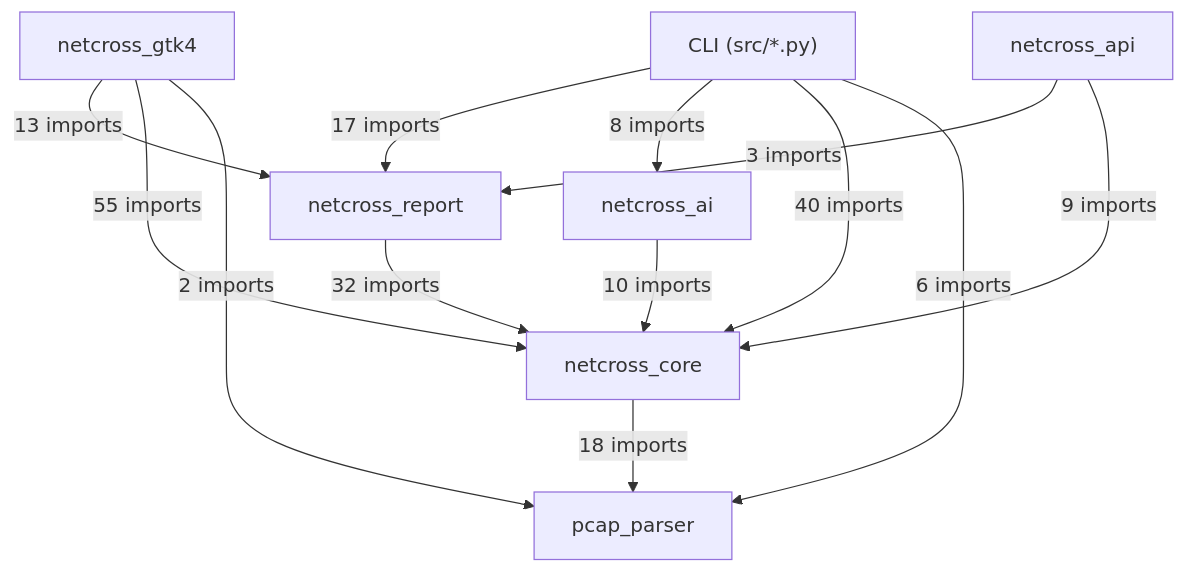
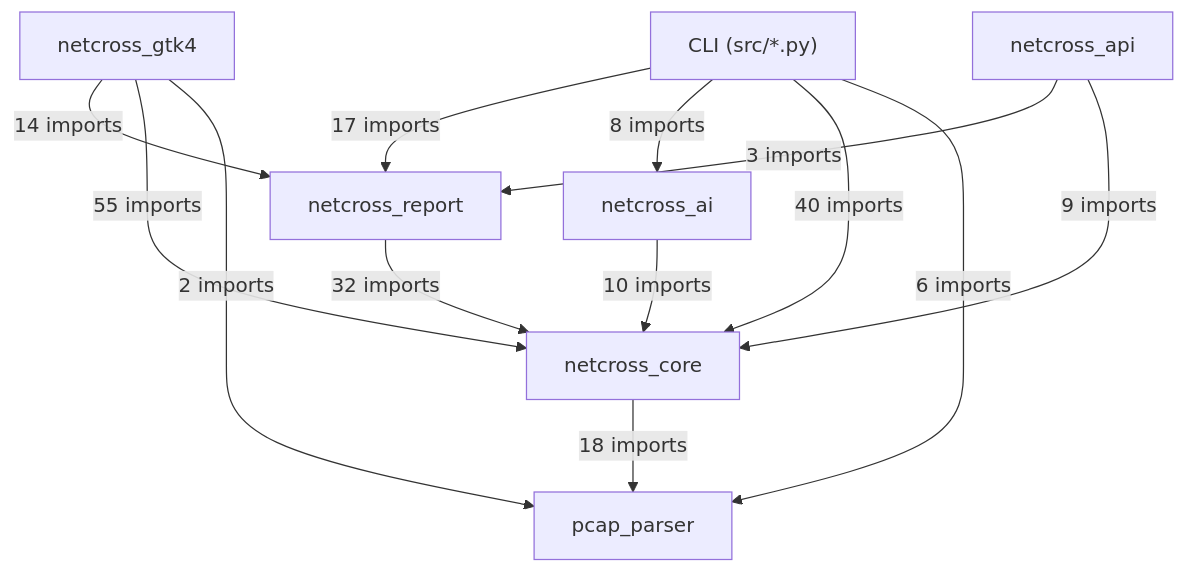
The first of 19 diagrams in docs/class-diagram.md (Mathide-Team/Netcross), drawn with Mermaid before and after one commit. The commit also changed other lines of this file and 4 other files, not shown here.

````diff
--- a/docs/class-diagram.md
+++ b/docs/class-diagram.md
@@ -26,22 +26,22 @@
 ```mermaid
 flowchart TD
     CLI["CLI (src/*.py)"]
     netcross_gtk4["netcross_gtk4"]
     netcross_api["netcross_api"]
     netcross_report["netcross_report"]
     netcross_ai["netcross_ai"]
     netcross_core["netcross_core"]
     pcap_parser["pcap_parser"]
     CLI -->|"17 imports"| netcross_report
     CLI -->|"8 imports"| netcross_ai
     CLI -->|"40 imports"| netcross_core
     CLI -->|"6 imports"| pcap_parser
-    netcross_gtk4 -->|"13 imports"| netcross_report
+    netcross_gtk4 -->|"14 imports"| netcross_report
     netcross_gtk4 -->|"55 imports"| netcross_core
     netcross_gtk4 -->|"2 imports"| pcap_parser
     netcross_api -->|"3 imports"| netcross_report
     netcross_api -->|"9 imports"| netcross_core
     netcross_report -->|"32 imports"| netcross_core
     netcross_ai -->|"10 imports"| netcross_core
     netcross_core -->|"18 imports"| pcap_parser
 ```
````
